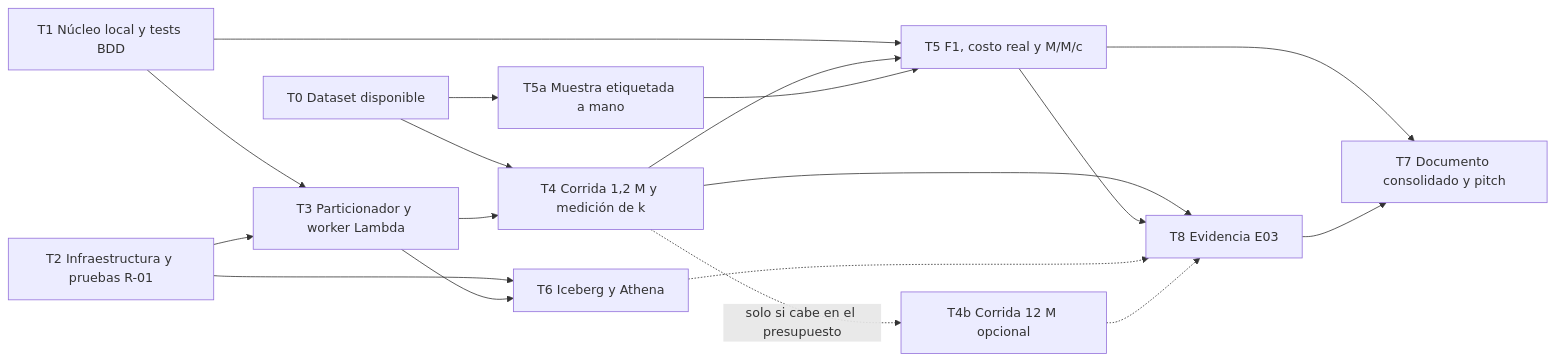
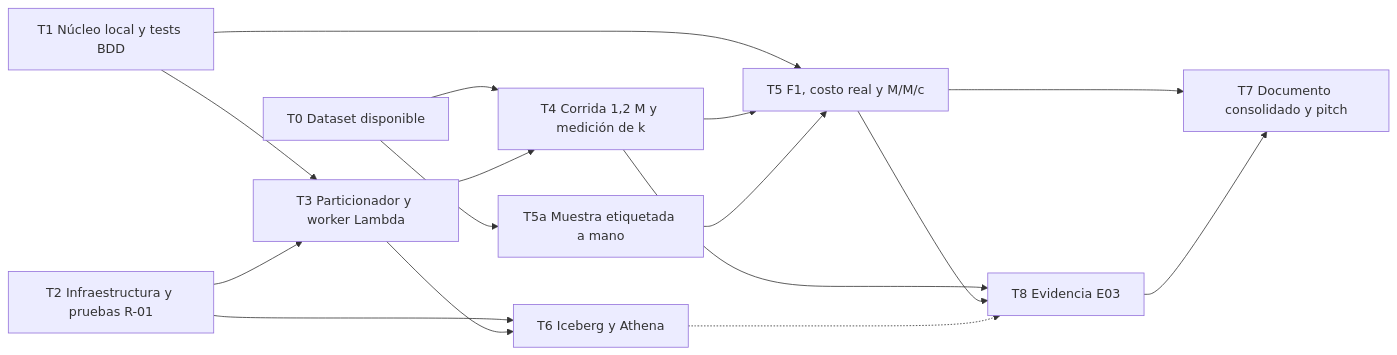
One commit to dani1309/Arquitectura changed the diagram in Proyecto final/docs/plan/04_plan_construccion.md. Above: the diagram before and after it, drawn with Mermaid. The commit also changed other lines of this file and 14 other files, not shown here.

````diff
--- a/Proyecto final/docs/plan/04_plan_construccion.md
+++ b/Proyecto final/docs/plan/04_plan_construccion.md
@@ -70,32 +71,29 @@
 ```mermaid
 flowchart LR
     T0["T0 Dataset disponible"]
     T1["T1 Núcleo local y tests BDD"]
     T2["T2 Infraestructura y pruebas R-01"]
     T3["T3 Particionador y worker Lambda"]
     T4["T4 Corrida 1,2 M y medición de k"]
-    T4b["T4b Corrida 12 M opcional"]
     T5a["T5a Muestra etiquetada a mano"]
     T5["T5 F1, costo real y M/M/c"]
     T6["T6 Iceberg y Athena"]
     T8["T8 Evidencia E03"]
     T7["T7 Documento consolidado y pitch"]
 
     T1 --> T3
     T2 --> T3
     T0 --> T4
     T3 --> T4
-    T4 -.->|"solo si cabe en el presupuesto"| T4b
     T0 --> T5a
     T1 --> T5
     T4 --> T5
     T5a --> T5
     T2 --> T6
     T3 --> T6
     T4 --> T8
     T5 --> T8
     T6 -.-> T8
-    T4b -.-> T8
     T5 --> T7
     T8 --> T7
 ```
````
